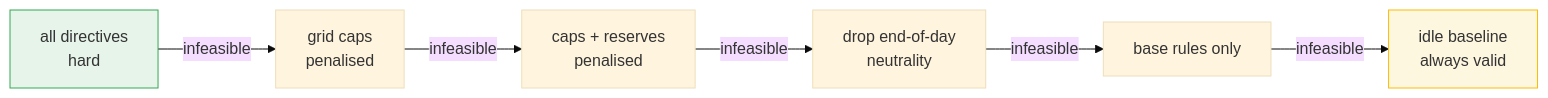
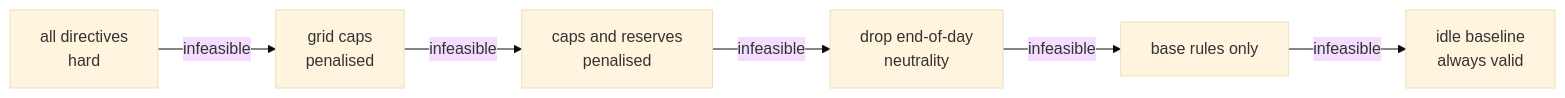
The fifth of 5 diagrams in docs/ARCHITECTURE.md (clickTwice26/bup_cse_fest_challenge), drawn with Mermaid (base theme) before and after one commit. The commit also changed other lines of this file, not shown here.

First line of the commit message:
Fix Mermaid rendering and make diagrams theme-adaptive

````diff
--- a/docs/ARCHITECTURE.md
+++ b/docs/ARCHITECTURE.md
@@ -383,11 +384,13 @@
 ```mermaid
 flowchart LR
-    P0["all directives<br/>hard"] -->|infeasible| P1["grid caps<br/>penalised"]
-    P1 -->|infeasible| P2["caps + reserves<br/>penalised"]
-    P2 -->|infeasible| P3["drop end-of-day<br/>neutrality"]
+    P0["all directives
+hard"] -->|infeasible| P1["grid caps
+penalised"]
+    P1 -->|infeasible| P2["caps and reserves
+penalised"]
+    P2 -->|infeasible| P3["drop end-of-day
+neutrality"]
     P3 -->|infeasible| P4["base rules only"]
-    P4 -->|infeasible| P5["idle baseline<br/>always valid"]
-
-    style P0 fill:#e6f4ea,stroke:#34a853
-    style P5 fill:#fef7e0,stroke:#fbbc04
+    P4 -->|infeasible| P5["idle baseline
+always valid"]
 ```
````
